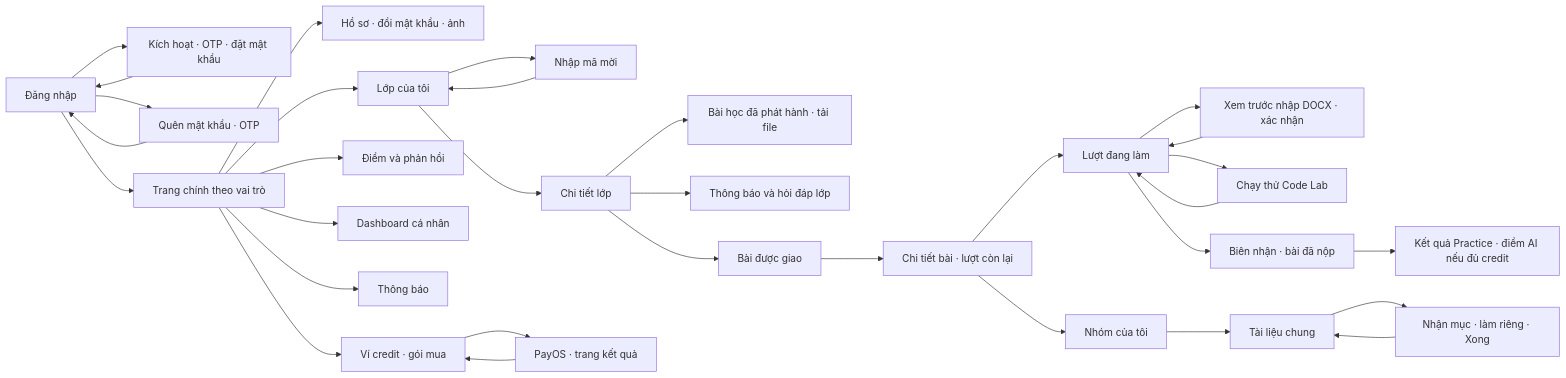
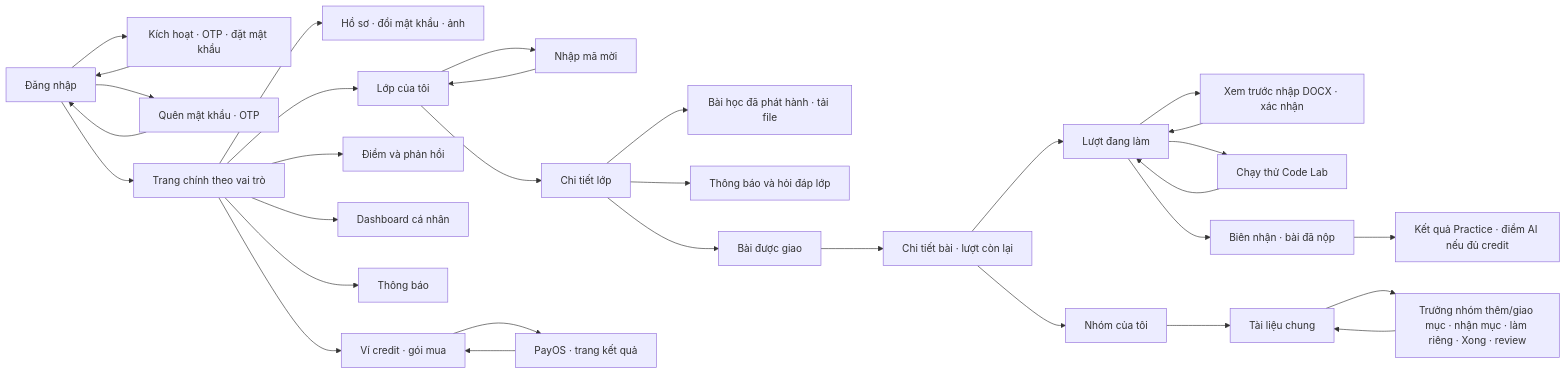
Before and after one commit to hygef-v4/AI-Powered-Learning-Platform: the first of 3 diagrams in docs/screen-flow.md, drawn with Mermaid. The commit also changed other lines of this file and 39 other files, not shown here.

````diff
--- a/docs/screen-flow.md
+++ b/docs/screen-flow.md
@@ -9,46 +9,46 @@
 ```mermaid
 flowchart LR
     login["Đăng nhập"]
     activate["Kích hoạt · OTP · đặt mật khẩu"]
     reset["Quên mật khẩu · OTP"]
     shell["Trang chính theo vai trò"]
     profile["Hồ sơ · đổi mật khẩu · ảnh"]
     classes["Lớp của tôi"]
     join["Nhập mã mời"]
     classPage["Chi tiết lớp"]
     lesson["Bài học đã phát hành · tải file"]
     discussion["Thông báo và hỏi đáp lớp"]
     assignments["Bài được giao"]
     overview["Chi tiết bài · lượt còn lại"]
     attempt["Lượt đang làm"]
     docx["Xem trước nhập DOCX · xác nhận"]
     code["Chạy thử Code Lab"]
     receipt["Biên nhận · bài đã nộp"]
     practice["Kết quả Practice · điểm AI nếu đủ credit"]
     group["Nhóm của tôi"]
     groupDoc["Tài liệu chung"]
-    section["Nhận mục · làm riêng · Xong"]
+    section["Trưởng nhóm thêm/giao mục · nhận mục · làm riêng · Xong · review"]
     grades["Điểm và phản hồi"]
     dashboard["Dashboard cá nhân"]
     notifications["Thông báo"]
     credits["Ví credit · gói mua"]
     payment["PayOS · trang kết quả"]
     login --> shell
     login --> activate --> login
     login --> reset --> login
     shell --> profile
     shell --> classes
     classes --> join --> classes
     classes --> classPage
     classPage --> lesson
     classPage --> discussion
     classPage --> assignments --> overview --> attempt --> receipt
     attempt --> docx --> attempt
     attempt --> code --> attempt
     receipt --> practice
     overview --> group --> groupDoc --> section --> groupDoc
     shell --> grades
     shell --> dashboard
     shell --> notifications
     shell --> credits --> payment --> credits
 ```
````
